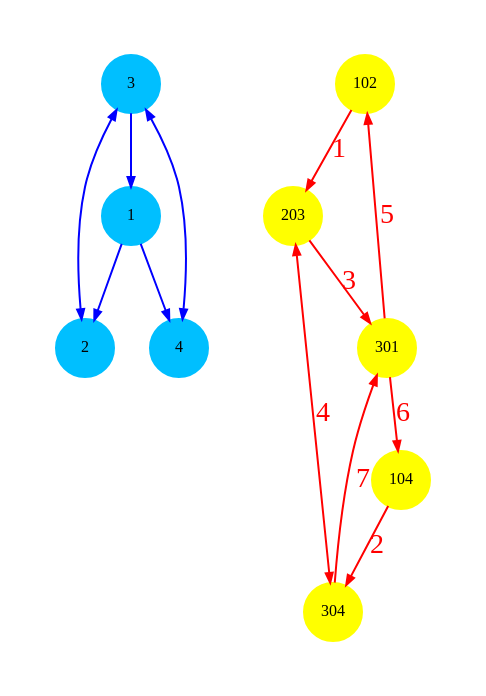
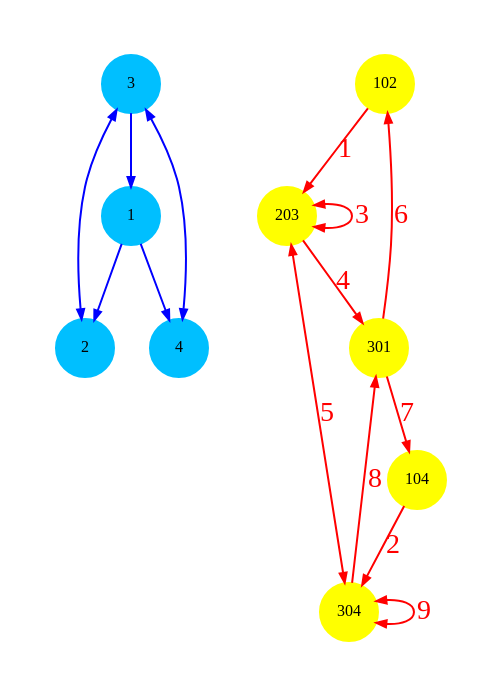
The fourth of 6 diagrams in doc/lineGraph/pgr_lineGraph.rst (pgRouting/pgrouting), drawn with Graphviz before and after one commit. The commit also changed 6 other files, not shown here.

Commit message:
Adding self loops on directed graphs

```diff
--- a/doc/lineGraph/pgr_lineGraph.rst
+++ b/doc/lineGraph/pgr_lineGraph.rst
@@ -289,38 +289,40 @@
 .. graphviz::
 
    digraph G {
 
       subgraph clusterA {
          style=invis;
          edge [arrowsize=0.5,color=blue];
          node [shape=circle;style=filled;fontsize=8;fixedsize=true;width=.4;color=deepskyblue];
          v1 [label=1,pos="0,4!"];
          v2 [label=2,pos="4,4!"];
          v3 [label=3,pos="4,0!"];
          v4 [label=4,pos="0,0!"];
 
          v1->{v2,v4} [color=blue];
          v3->{v2,v4} [dir=both,color=blue];
          v3->v1 [arrowsize=0.5,color=blue ];
       }
 
       subgraph clusterB {
          style=invis;
          edge [arrowsize=0.5,labelfloat=true,color=red,fontsize=14,fontcolor=red];
          node [shape=circle;style=filled;fontsize=8;fixedsize=true;width=.4;color=yellow]
 
          s102 [label="102",pos="2,4!"];
          s104 [label="104",pos="0,2!"];
          s301 [label="301",pos="2,2!"];
          s203 [label="203",pos="4,2!"];
          s304 [label="304",pos="2,0!"];
 
          s102 -> s203 [label=1];
          s104 -> s304 [label=2];
-         s203 -> s301 [label=3];
-         s203 -> s304 [label=4,dir=both];
-         s301 -> s102[label=5];
-         s301 -> s104[label=6];
-         s304 -> s301[label=7];
+         s203 -> s203 [label=3,dir=both];
+         s203 -> s301 [label=4];
+         s203 -> s304 [label=5,dir=both];
+         s301 -> s102 [label=6];
+         s301 -> s104 [label=7];
+         s304 -> s301 [label=8];
+         s304 -> s304 [label=9,dir=both];
       }
     }
```
